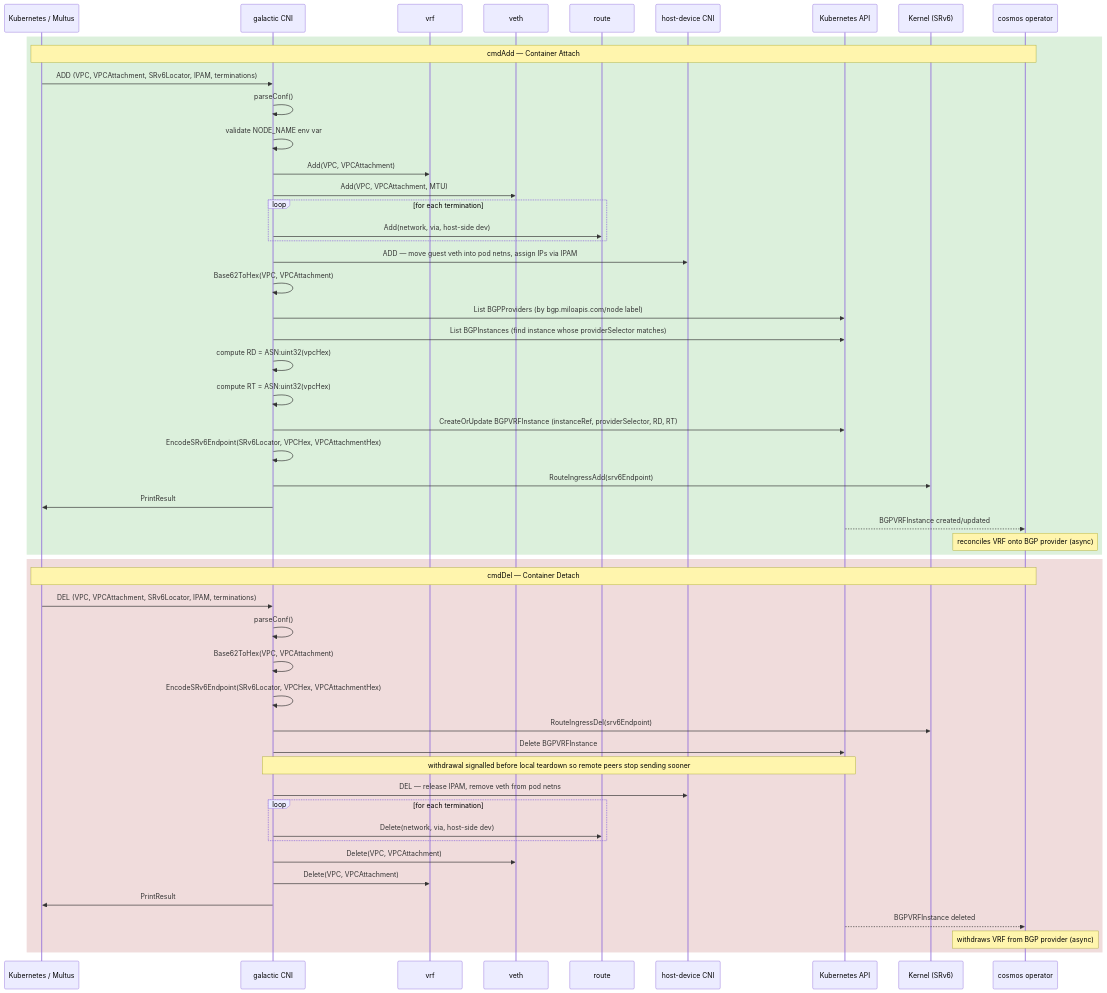
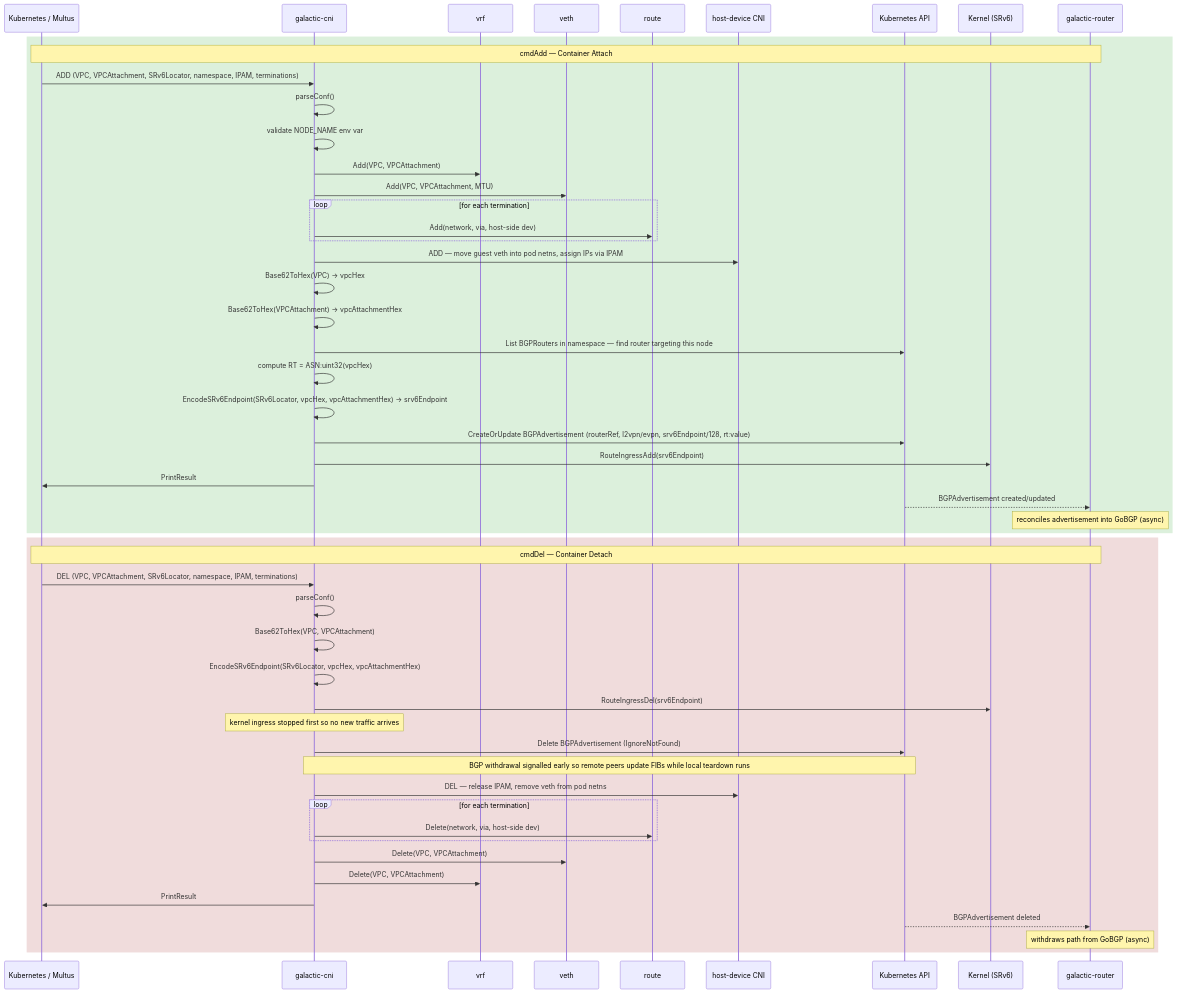
One commit to datum-cloud/galactic changed the diagram in docs/cni-sequence.md. Above: the diagram before and after it, drawn with Mermaid. The commit also changed 15 other files, not shown here.

First line of the commit message:
chore: update CNI and infrastructure for galactic-router

````diff
--- a/docs/cni-sequence.md
+++ b/docs/cni-sequence.md
@@ -3,56 +3,56 @@
 ```mermaid
 sequenceDiagram
     participant Multus as Kubernetes / Multus
-    participant CNI as galactic CNI
+    participant CNI as galactic-cni
     participant VRF as vrf
     participant Veth as veth
     participant Route as route
     participant HD as host-device CNI
     participant K8s as Kubernetes API
     participant Kernel as Kernel (SRv6)
-    participant Cosmos as cosmos operator
+    participant Router as galactic-router
 
     rect rgb(220, 240, 220)
-        note over Multus,Cosmos: cmdAdd — Container Attach
-        Multus->>CNI: ADD (VPC, VPCAttachment, SRv6Locator, IPAM, terminations)
+        note over Multus,Router: cmdAdd — Container Attach
+        Multus->>CNI: ADD (VPC, VPCAttachment, SRv6Locator, namespace, IPAM, terminations)
         CNI->>CNI: parseConf()
         CNI->>CNI: validate NODE_NAME env var
         CNI->>VRF: Add(VPC, VPCAttachment)
         CNI->>Veth: Add(VPC, VPCAttachment, MTU)
         loop for each termination
             CNI->>Route: Add(network, via, host-side dev)
         end
         CNI->>HD: ADD — move guest veth into pod netns, assign IPs via IPAM
-        CNI->>CNI: Base62ToHex(VPC, VPCAttachment)
-        CNI->>K8s: List BGPProviders (by bgp.miloapis.com/node label)
-        CNI->>K8s: List BGPInstances (find instance whose providerSelector matches)
-        CNI->>CNI: compute RD = ASN:uint32(vpcHex)
+        CNI->>CNI: Base62ToHex(VPC) → vpcHex
+        CNI->>CNI: Base62ToHex(VPCAttachment) → vpcAttachmentHex
+        CNI->>K8s: List BGPRouters in namespace — find router targeting this node
         CNI->>CNI: compute RT = ASN:uint32(vpcHex)
-        CNI->>K8s: CreateOrUpdate BGPVRFInstance (instanceRef, providerSelector, RD, RT)
-        CNI->>CNI: EncodeSRv6Endpoint(SRv6Locator, VPCHex, VPCAttachmentHex)
+        CNI->>CNI: EncodeSRv6Endpoint(SRv6Locator, vpcHex, vpcAttachmentHex) → srv6Endpoint
+        CNI->>K8s: CreateOrUpdate BGPAdvertisement (routerRef, l2vpn/evpn, srv6Endpoint/128, rt:value)
         CNI->>Kernel: RouteIngressAdd(srv6Endpoint)
         CNI->>Multus: PrintResult
-        K8s-->>Cosmos: BGPVRFInstance created/updated
-        note over Cosmos: reconciles VRF onto BGP provider (async)
+        K8s-->>Router: BGPAdvertisement created/updated
+        note over Router: reconciles advertisement into GoBGP (async)
     end
 
     rect rgb(240, 220, 220)
-        note over Multus,Cosmos: cmdDel — Container Detach
-        Multus->>CNI: DEL (VPC, VPCAttachment, SRv6Locator, IPAM, terminations)
+        note over Multus,Router: cmdDel — Container Detach
+        Multus->>CNI: DEL (VPC, VPCAttachment, SRv6Locator, namespace, IPAM, terminations)
         CNI->>CNI: parseConf()
         CNI->>CNI: Base62ToHex(VPC, VPCAttachment)
-        CNI->>CNI: EncodeSRv6Endpoint(SRv6Locator, VPCHex, VPCAttachmentHex)
+        CNI->>CNI: EncodeSRv6Endpoint(SRv6Locator, vpcHex, vpcAttachmentHex)
         CNI->>Kernel: RouteIngressDel(srv6Endpoint)
-        CNI->>K8s: Delete BGPVRFInstance
-        note over CNI,K8s: withdrawal signalled before local teardown so remote peers stop sending sooner
+        note over CNI: kernel ingress stopped first so no new traffic arrives
+        CNI->>K8s: Delete BGPAdvertisement (IgnoreNotFound)
+        note over CNI,K8s: BGP withdrawal signalled early so remote peers update FIBs while local teardown runs
         CNI->>HD: DEL — release IPAM, remove veth from pod netns
         loop for each termination
             CNI->>Route: Delete(network, via, host-side dev)
         end
         CNI->>Veth: Delete(VPC, VPCAttachment)
         CNI->>VRF: Delete(VPC, VPCAttachment)
         CNI->>Multus: PrintResult
-        K8s-->>Cosmos: BGPVRFInstance deleted
-        note over Cosmos: withdraws VRF from BGP provider (async)
+        K8s-->>Router: BGPAdvertisement deleted
+        note over Router: withdraws path from GoBGP (async)
     end
 ```
````
